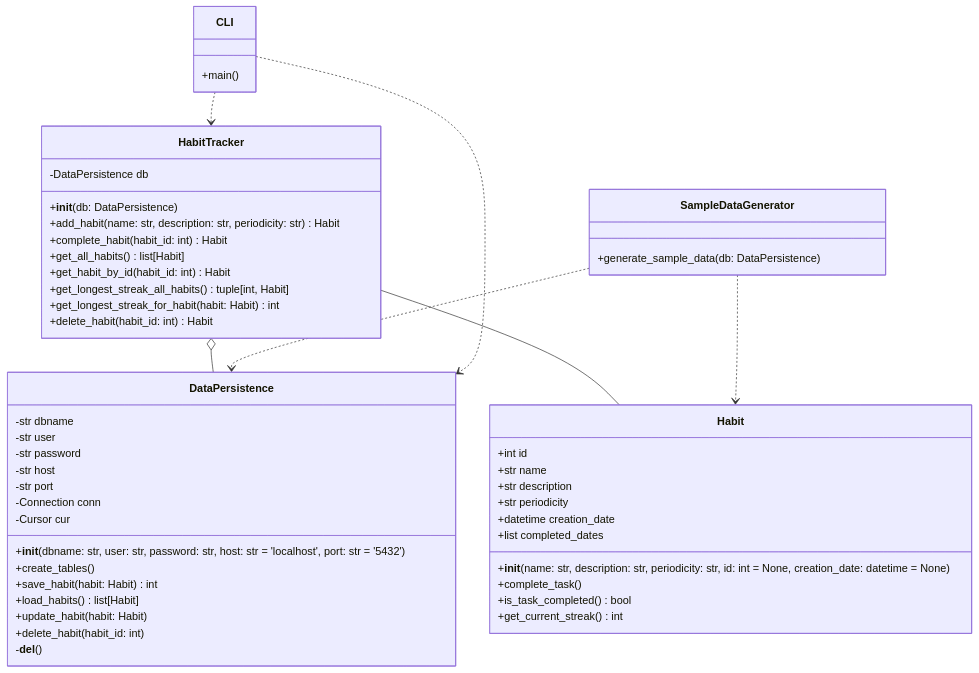
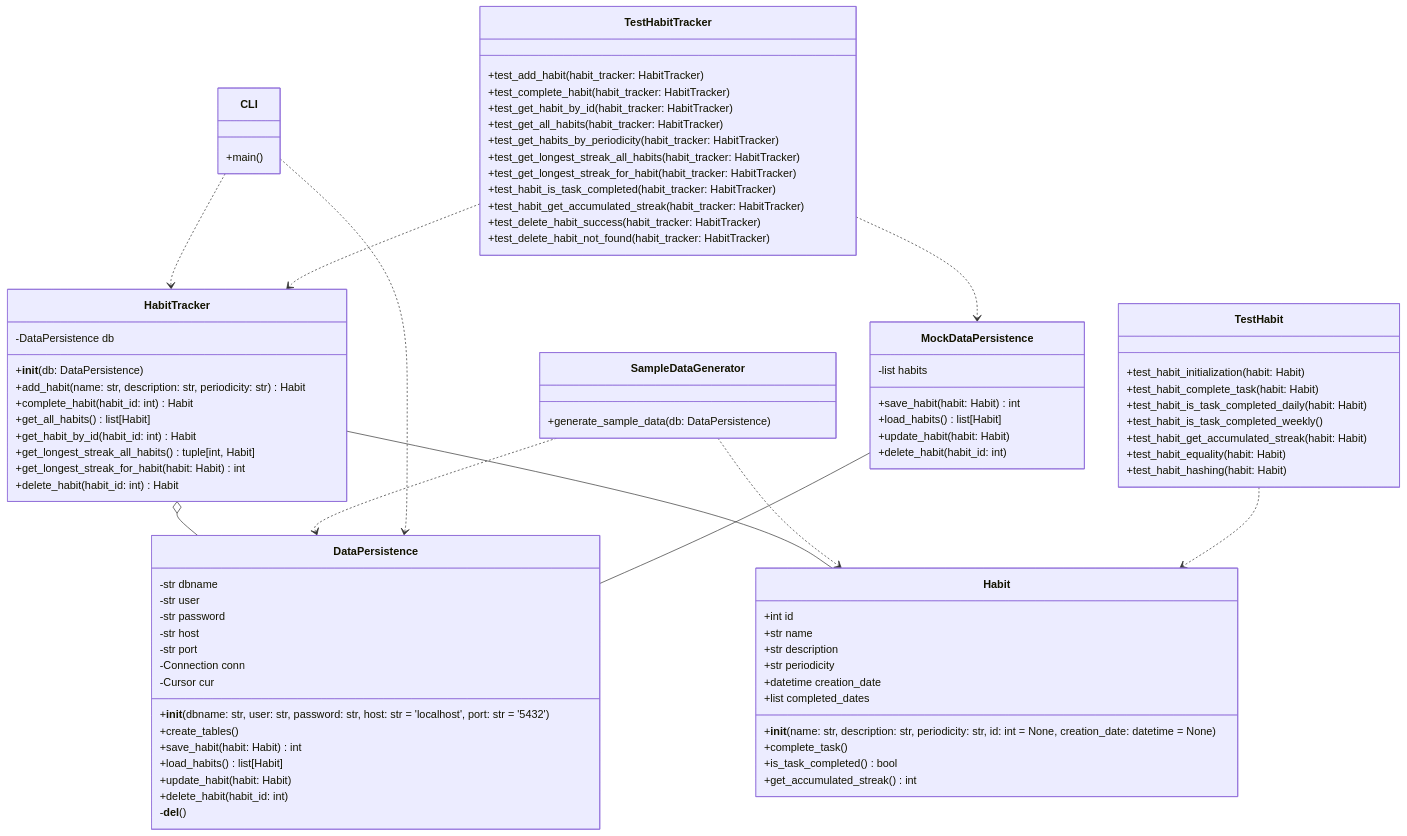
The diagram in README.md (denydr/habit_tracker), drawn with Mermaid before and after one commit. The commit also changed other lines of this file and 3 other files, not shown here.

````diff
--- a/README.md
+++ b/README.md
@@ -59,9 +59,8 @@
         +__init__(name: str, description: str, periodicity: str, id: int = None, creation_date: datetime = None)
         +complete_task()
         +is_task_completed() bool
-        +get_current_streak() int
+        +get_accumulated_streak() int
     }
-
     class HabitTracker {
         -DataPersistence db
         +__init__(db: DataPersistence)
@@ -73,7 +72,6 @@
         +get_longest_streak_for_habit(habit: Habit) int
         +delete_habit(habit_id: int) Habit
     }
-
     class DataPersistence {
         -str dbname
         -str user
@@ -90,19 +88,49 @@
         +delete_habit(habit_id: int)
         -__del__()
     }
-
     class SampleDataGenerator {
         +generate_sample_data(db: DataPersistence)
     }
-
     class CLI {
         +main()
     }
-
+    class TestHabit {
+        +test_habit_initialization(habit: Habit)
+        +test_habit_complete_task(habit: Habit)
+        +test_habit_is_task_completed_daily(habit: Habit)
+        +test_habit_is_task_completed_weekly()
+        +test_habit_get_accumulated_streak(habit: Habit)
+        +test_habit_equality(habit: Habit)
+        +test_habit_hashing(habit: Habit)
+    }
+    class TestHabitTracker {
+        +test_add_habit(habit_tracker: HabitTracker)
+        +test_complete_habit(habit_tracker: HabitTracker)
+        +test_get_habit_by_id(habit_tracker: HabitTracker)
+        +test_get_all_habits(habit_tracker: HabitTracker)
+        +test_get_habits_by_periodicity(habit_tracker: HabitTracker)
+        +test_get_longest_streak_all_habits(habit_tracker: HabitTracker)
+        +test_get_longest_streak_for_habit(habit_tracker: HabitTracker)
+        +test_habit_is_task_completed(habit_tracker: HabitTracker)
+        +test_habit_get_accumulated_streak(habit_tracker: HabitTracker)
+        +test_delete_habit_success(habit_tracker: HabitTracker)
+        +test_delete_habit_not_found(habit_tracker: HabitTracker)
+    }
+    class MockDataPersistence {
+        -list habits
+        +save_habit(habit: Habit) int
+        +load_habits() list[Habit]
+        +update_habit(habit: Habit)
+        +delete_habit(habit_id: int)
+    }
     HabitTracker o-- DataPersistence
     HabitTracker -- Habit
     SampleDataGenerator ..> DataPersistence
     SampleDataGenerator ..> Habit
     CLI ..> HabitTracker
     CLI ..> DataPersistence
+    TestHabit ..> Habit
+    TestHabitTracker ..> HabitTracker
+    TestHabitTracker ..> MockDataPersistence
+    MockDataPersistence -- DataPersistence
 ```
````
